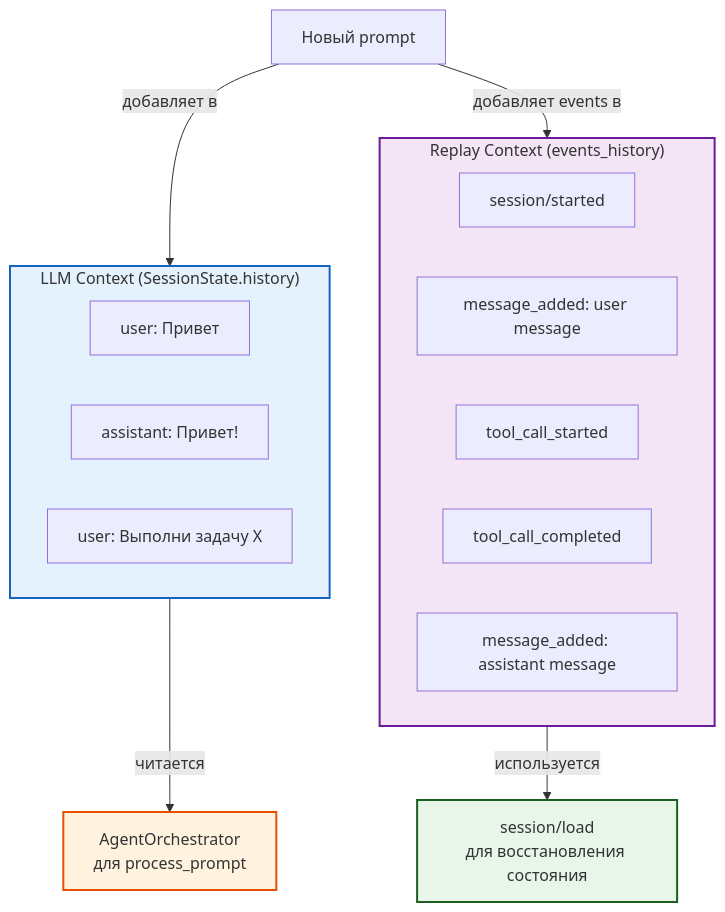
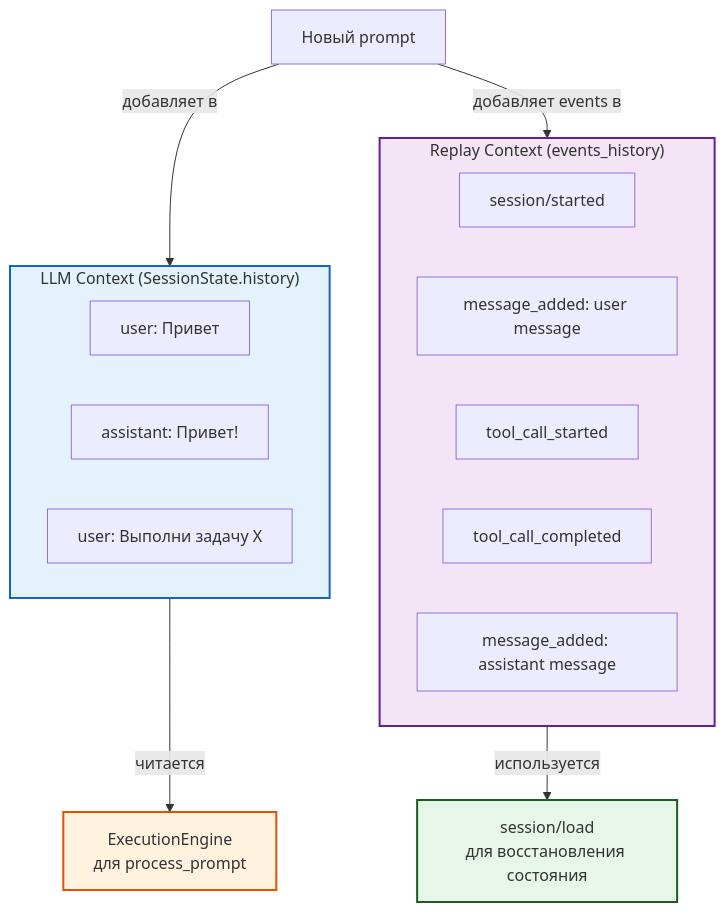
One commit to pese-git/codelab-agent changed the ninth of 15 diagrams in ARCHITECTURE.md. Above: the diagram before and after it, drawn with Mermaid. The commit also changed other lines of this file and 10 other files, not shown here.

````diff
--- a/ARCHITECTURE.md
+++ b/ARCHITECTURE.md
@@ -507,28 +507,28 @@
 ```mermaid
 graph TB
     subgraph LLMContext["LLM Context (SessionState.history)"]
         M1["user: Привет"]
         M2["assistant: Привет!"]
         M3["user: Выполни задачу X"]
     end
     
     subgraph ReplayContext["Replay Context (events_history)"]
         E1["session/started"]
         E2["message_added: user message"]
         E3["tool_call_started"]
         E4["tool_call_completed"]
         E5["message_added: assistant message"]
     end
     
-    LLMContext -->|читается| AgentLLM["AgentOrchestrator<br/>для process_prompt"]
+    LLMContext -->|читается| AgentLLM["ExecutionEngine<br/>для process_prompt"]
     ReplayContext -->|используется| SessionLoad["session/load<br/>для восстановления состояния"]
     
     NewPrompt["Новый prompt"]
     NewPrompt -->|добавляет в| LLMContext
     NewPrompt -->|добавляет events в| ReplayContext
     
     style LLMContext fill:#e3f2fd,stroke:#1565c0,stroke-width:2px
     style ReplayContext fill:#f3e5f5,stroke:#6a1b9a,stroke-width:2px
     style AgentLLM fill:#fff3e0,stroke:#e65100,stroke-width:2px
     style SessionLoad fill:#e8f5e9,stroke:#1b5e20,stroke-width:2px
 ```
````
